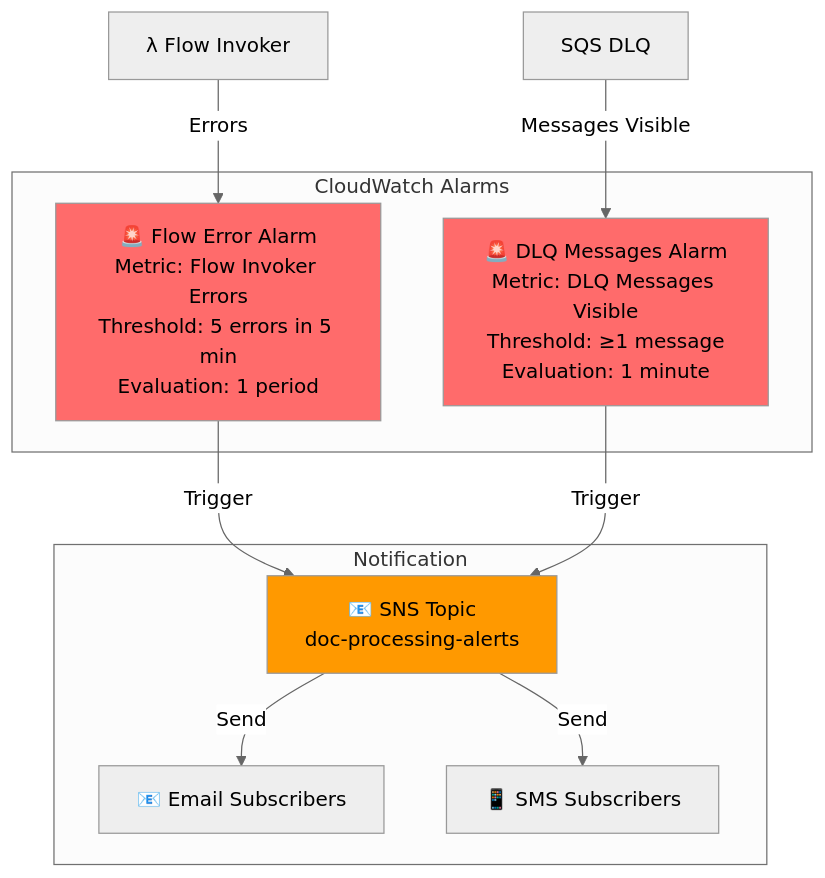
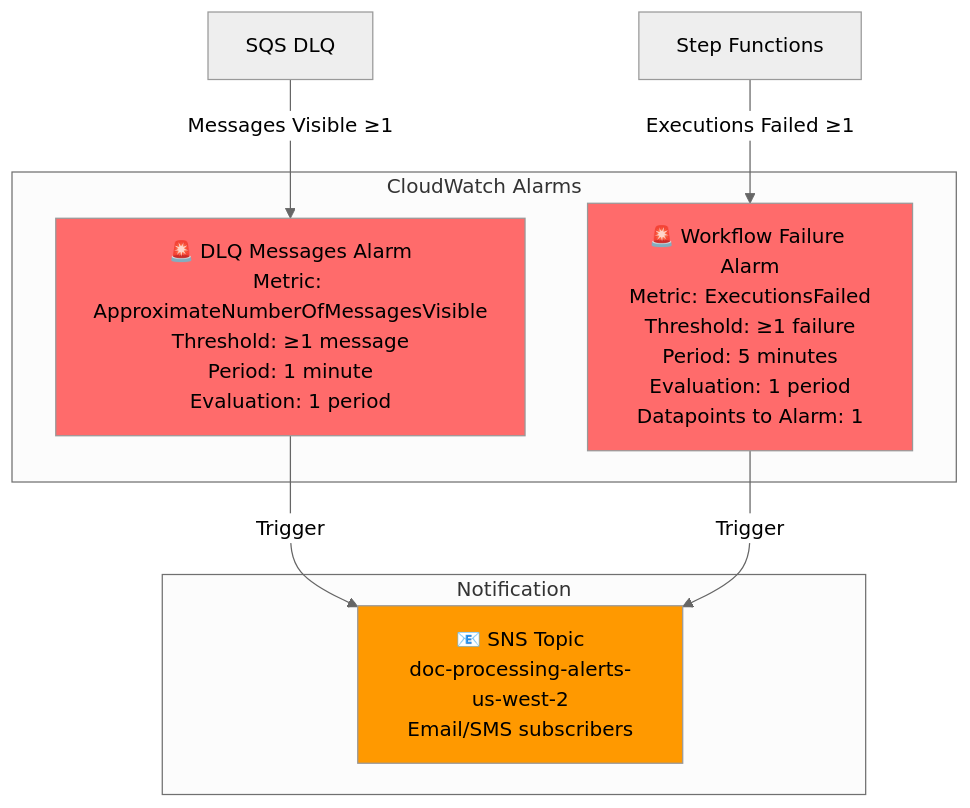
Before and after one commit to annabook21/IntelligentDoc_Processor: diagram 12 of 13 in ARCHITECTURE.md, drawn with Mermaid (neutral theme). The commit also changed other lines of this file and 5 other files, not shown here.

````diff
--- a/ARCHITECTURE.md
+++ b/ARCHITECTURE.md
@@ -624,25 +721,21 @@
 ```mermaid
 graph TB
     subgraph "CloudWatch Alarms"
-        Alarm1[🚨 Flow Error Alarm<br/>Metric: Flow Invoker Errors<br/>Threshold: 5 errors in 5 min<br/>Evaluation: 1 period]
-        Alarm2[🚨 DLQ Messages Alarm<br/>Metric: DLQ Messages Visible<br/>Threshold: ≥1 message<br/>Evaluation: 1 minute]
+        Alarm1[🚨 DLQ Messages Alarm<br/>Metric: ApproximateNumberOfMessagesVisible<br/>Threshold: ≥1 message<br/>Period: 1 minute<br/>Evaluation: 1 period]
+        Alarm2[🚨 Workflow Failure Alarm<br/>Metric: ExecutionsFailed<br/>Threshold: ≥1 failure<br/>Period: 5 minutes<br/>Evaluation: 1 period<br/>Datapoints to Alarm: 1]
     end
 
     subgraph "Notification"
-        SNS[📧 SNS Topic<br/>doc-processing-alerts]
-        Email[📧 Email Subscribers]
-        SMS[📱 SMS Subscribers]
+        SNS[📧 SNS Topic<br/>doc-processing-alerts-us-west-2<br/>Email/SMS subscribers]
     end
 
-    FlowInvoker[λ Flow Invoker] -->|Errors| Alarm1
-    DLQ[SQS DLQ] -->|Messages Visible| Alarm2
+    DLQ[SQS DLQ] -->|Messages Visible ≥1| Alarm1
+    SFN[Step Functions] -->|Executions Failed ≥1| Alarm2
 
     Alarm1 -->|Trigger| SNS
     Alarm2 -->|Trigger| SNS
-    SNS -->|Send| Email
-    SNS -->|Send| SMS
 
     style Alarm1 fill:#ff6b6b
     style Alarm2 fill:#ff6b6b
     style SNS fill:#ff9900
 ```
````
